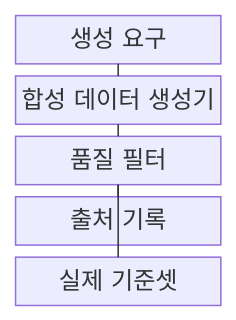
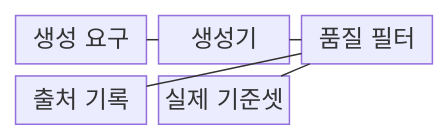
Before and after one commit to agnusdei1207/knowledge-base: the first of 2 diagrams in src/content/docs/notes/08-latest-tech/068_synthetic_data.md, drawn with Mermaid. The commit also changed other lines of this file and 228 other files, not shown here.

````diff
--- a/src/content/docs/notes/08-latest-tech/068_synthetic_data.md
+++ b/src/content/docs/notes/08-latest-tech/068_synthetic_data.md
@@ -51,13 +51,13 @@
 ```mermaid
 block-beta
-  columns 1
+  columns 3
   A["생성 요구"]
-  B["합성 데이터 생성기"]
+  B["생성기"]
   C["품질 필터"]
   D["출처 기록"]
   E["실제 기준셋"]
   A --- B
   B --- C
   C --- D
   C --- E
 ```
````
